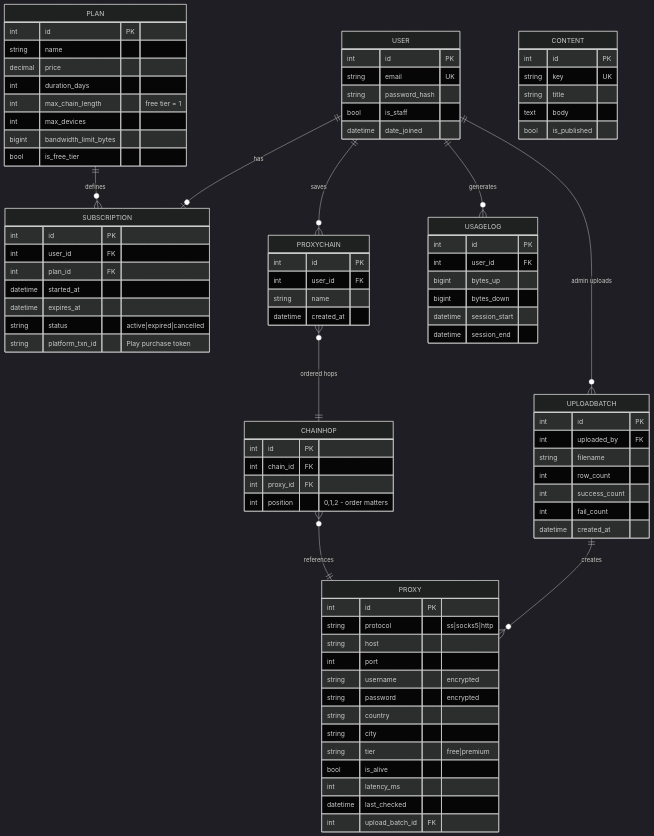
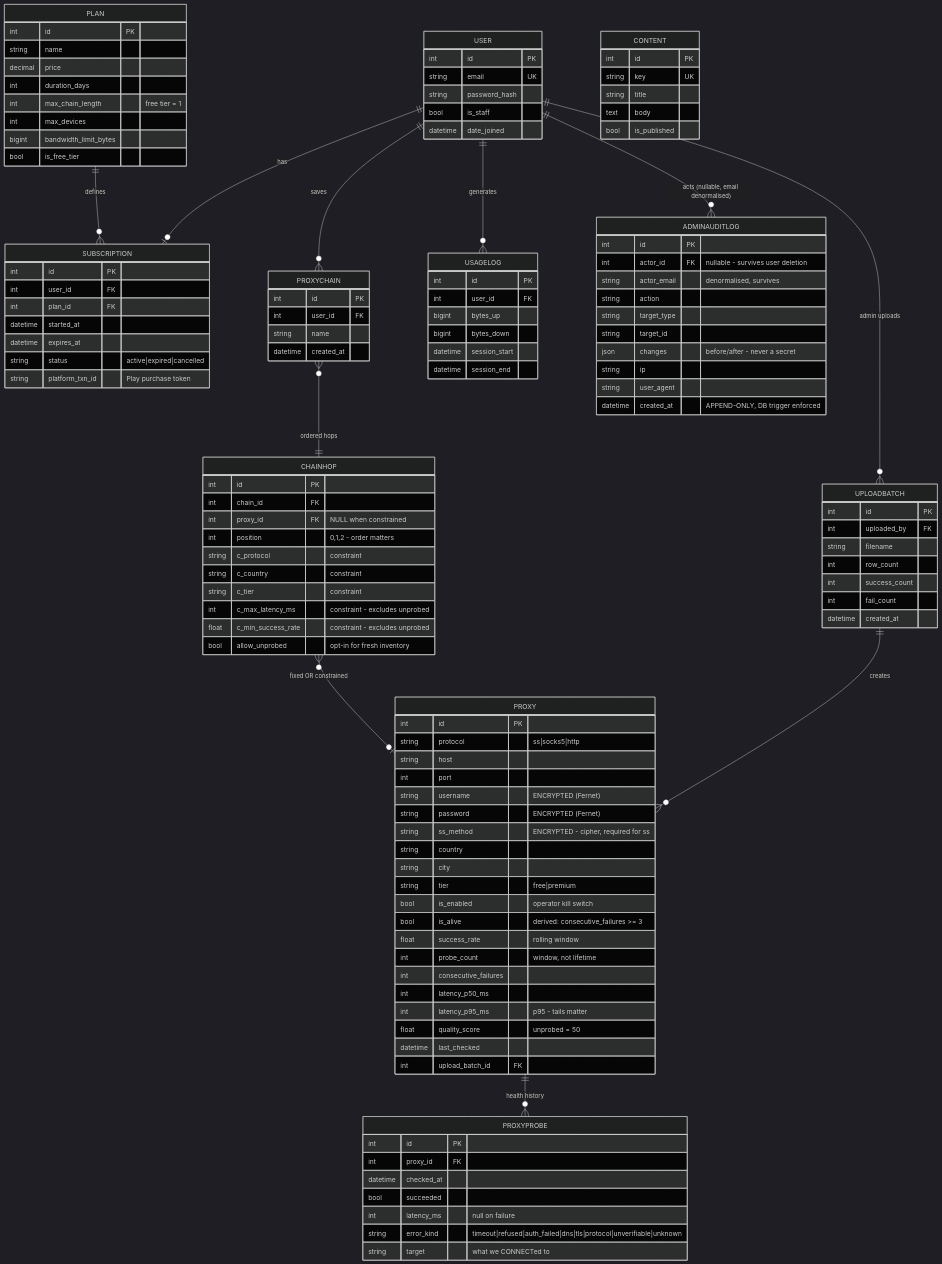
The third of 5 diagrams in Project/graph.md (SaidurRahman22/proxy_crack), drawn with Mermaid (dark theme) before and after one commit. The commit also changed other lines of this file and 3 other files, not shown here.

```diff
--- a/Project/graph.md
+++ b/Project/graph.md
@@ -94,9 +98,11 @@
     USER ||--o| SUBSCRIPTION : has
     USER ||--o{ PROXYCHAIN : saves
     USER ||--o{ USAGELOG : generates
+    USER ||--o{ ADMINAUDITLOG : "acts (nullable, email denormalised)"
     PLAN ||--o{ SUBSCRIPTION : defines
     PROXYCHAIN }o--|| CHAINHOP : "ordered hops"
-    CHAINHOP }o--|| PROXY : references
+    CHAINHOP }o--o| PROXY : "fixed OR constrained"
+    PROXY ||--o{ PROXYPROBE : "health history"
     UPLOADBATCH ||--o{ PROXY : creates
     USER ||--o{ UPLOADBATCH : "admin uploads"
 
@@ -131,15 +137,43 @@
         string protocol "ss|socks5|http"
         string host
         int port
-        string username "encrypted"
-        string password "encrypted"
+        string username "ENCRYPTED (Fernet)"
+        string password "ENCRYPTED (Fernet)"
+        string ss_method "ENCRYPTED - cipher, required for ss"
         string country
         string city
         string tier "free|premium"
-        bool is_alive
-        int latency_ms
+        bool is_enabled "operator kill switch"
+        bool is_alive "derived: consecutive_failures >= 3"
+        float success_rate "rolling window"
+        int probe_count "window, not lifetime"
+        int consecutive_failures
+        int latency_p50_ms
+        int latency_p95_ms "p95 - tails matter"
+        float quality_score "unprobed = 50"
         datetime last_checked
         int upload_batch_id FK
+    }
+    PROXYPROBE {
+        int id PK
+        int proxy_id FK
+        datetime checked_at
+        bool succeeded
+        int latency_ms "null on failure"
+        string error_kind "timeout|refused|auth_failed|dns|tls|protocol|unverifiable|unknown"
+        string target "what we CONNECTed to"
+    }
+    ADMINAUDITLOG {
+        int id PK
+        int actor_id FK "nullable - survives user deletion"
+        string actor_email "denormalised, survives"
+        string action
+        string target_type
+        string target_id
+        json changes "before/after - never a secret"
+        string ip
+        string user_agent
+        datetime created_at "APPEND-ONLY, DB trigger enforced"
     }
     PROXYCHAIN {
         int id PK
@@ -150,8 +184,14 @@
     CHAINHOP {
         int id PK
         int chain_id FK
-        int proxy_id FK
+        int proxy_id FK "NULL when constrained"
         int position "0,1,2 - order matters"
+        string c_protocol "constraint"
+        string c_country "constraint"
+        string c_tier "constraint"
+        int c_max_latency_ms "constraint - excludes unprobed"
+        float c_min_success_rate "constraint - excludes unprobed"
+        bool allow_unprobed "opt-in for fresh inventory"
     }
     UPLOADBATCH {
         int id PK
```
